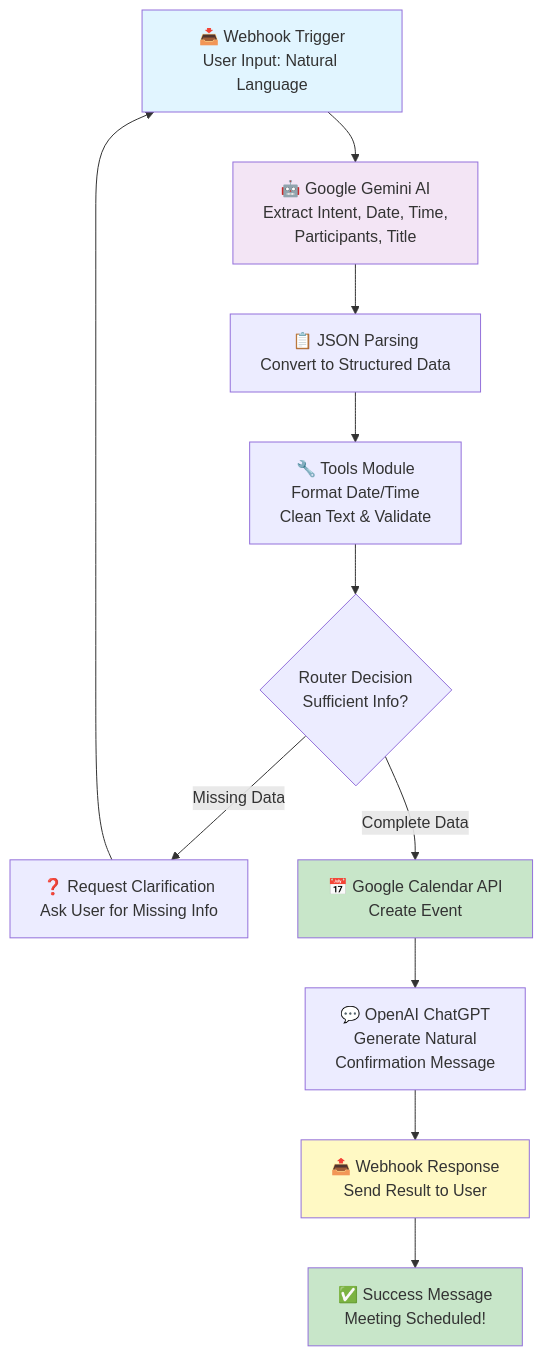
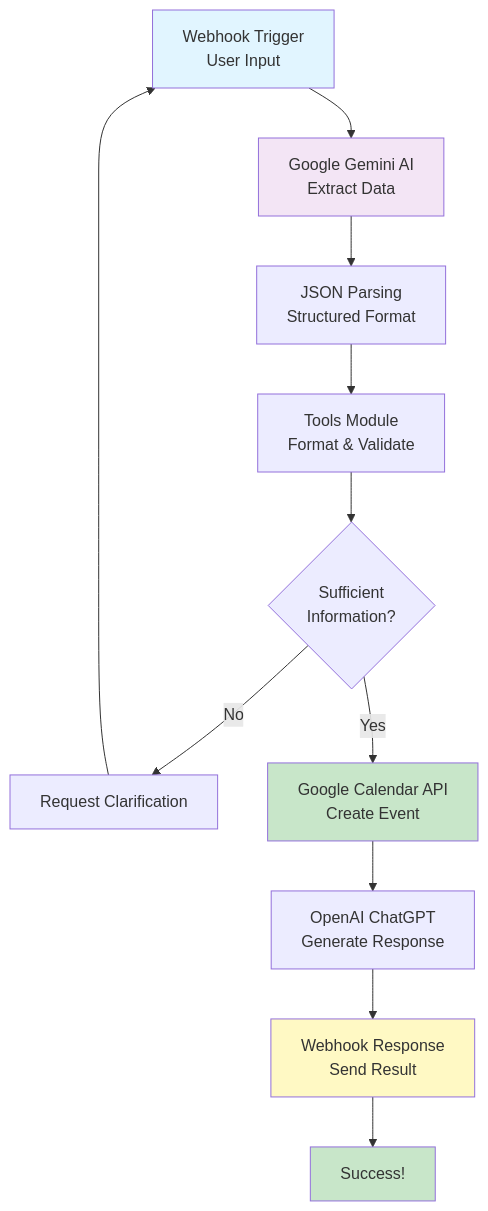
One commit to punyaa18/ai-calendar-assistant-make.com changed the diagram in README.md. Above: the diagram before and after it, drawn with Mermaid.

Commit message:
Fix Mermaid flowchart rendering issue

````diff
--- a/README.md
+++ b/README.md
@@ -21,19 +21,19 @@
 ```mermaid
 graph TD
-    A["📥 Webhook Trigger<br/>User Input: Natural Language"] --> B["🤖 Google Gemini AI<br/>Extract Intent, Date, Time,<br/>Participants, Title"]
-    B --> C["📋 JSON Parsing<br/>Convert to Structured Data"]
-    C --> D["🔧 Tools Module<br/>Format Date/Time<br/>Clean Text & Validate"]
-    D --> E{Router Decision<br/>Sufficient Info?}
-    E -->|Missing Data| F["❓ Request Clarification<br/>Ask User for Missing Info"]
+    A["Webhook Trigger<br/>User Input"] --> B["Google Gemini AI<br/>Extract Data"]
+    B --> C["JSON Parsing<br/>Structured Format"]
+    C --> D["Tools Module<br/>Format & Validate"]
+    D --> E{Sufficient<br/>Information?}
+    E -->|No| F["Request Clarification"]
     F --> A
-    E -->|Complete Data| G["📅 Google Calendar API<br/>Create Event"]
-    G --> H["💬 OpenAI ChatGPT<br/>Generate Natural<br/>Confirmation Message"]
-    H --> I["📤 Webhook Response<br/>Send Result to User"]
-    I --> J["✅ Success Message<br/>Meeting Scheduled!"]
+    E -->|Yes| G["Google Calendar API<br/>Create Event"]
+    G --> H["OpenAI ChatGPT<br/>Generate Response"]
+    H --> I["Webhook Response<br/>Send Result"]
+    I --> J["Success!"]
     
     style A fill:#e1f5ff
     style B fill:#f3e5f5
     style G fill:#c8e6c9
     style I fill:#fff9c4
     style J fill:#c8e6c9
 ```
````
